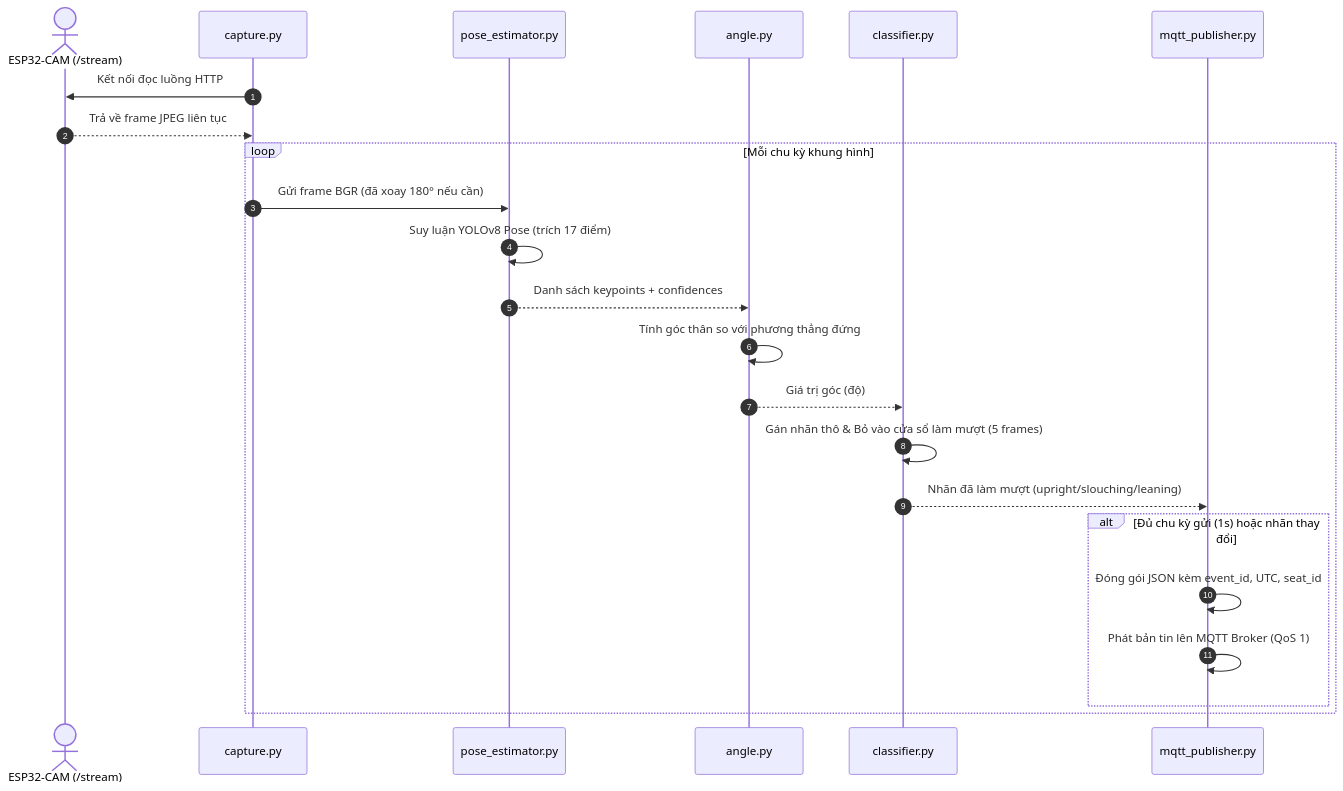
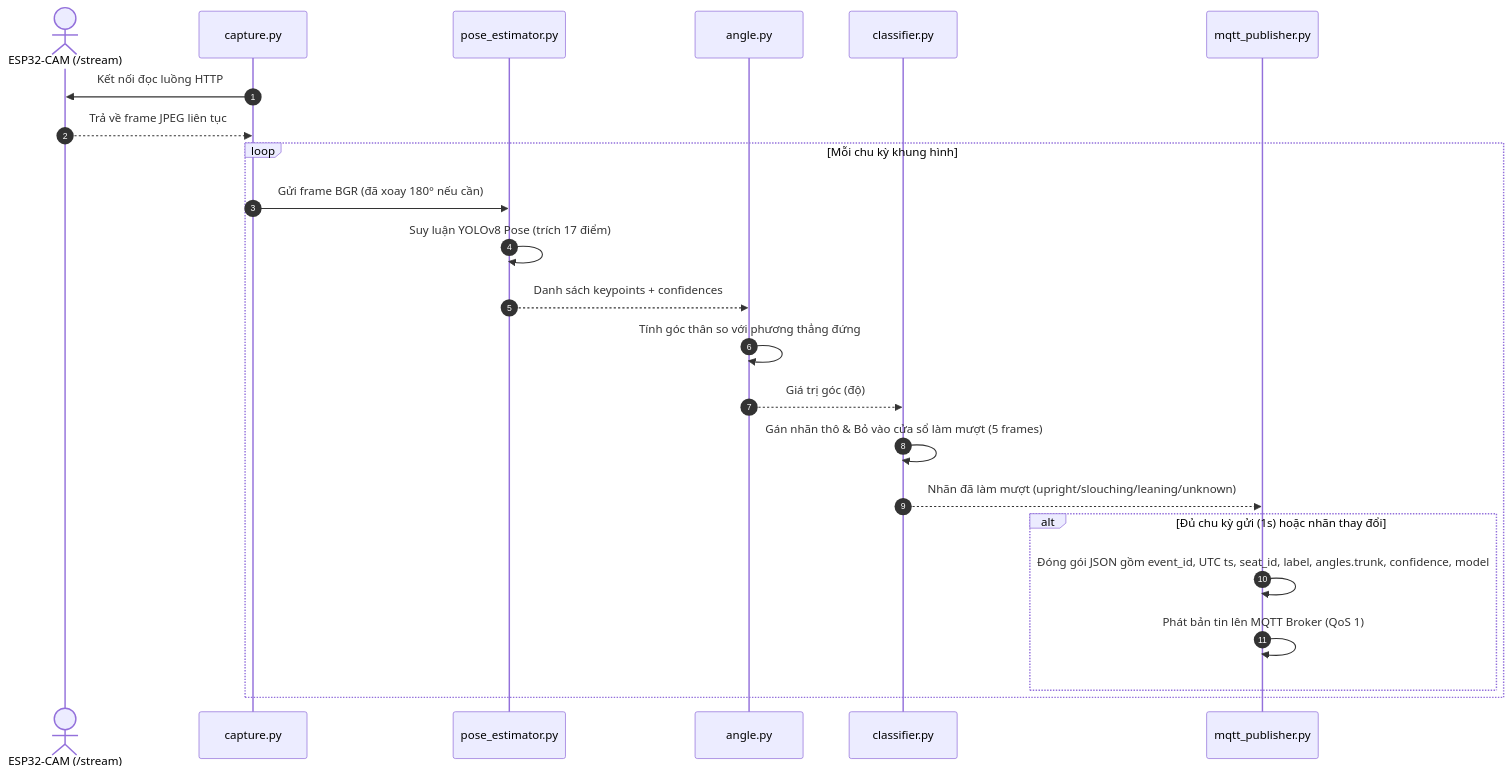
The second of 3 diagrams in docs/FLOWS.md (DangKimAn/classroom-posture-iot), drawn with Mermaid before and after one commit. The commit also changed other lines of this file and 45 other files, not shown here.

````diff
--- a/docs/FLOWS.md
+++ b/docs/FLOWS.md
@@ -55,26 +55,26 @@
 ```mermaid
 sequenceDiagram
     autonumber
     actor Cam as ESP32-CAM (/stream)
     participant Cap as capture.py
     participant Pose as pose_estimator.py
     participant Ang as angle.py
     participant Clf as classifier.py
     participant Pub as mqtt_publisher.py
 
     Cap->>Cam: Kết nối đọc luồng HTTP
     Cam-->>Cap: Trả về frame JPEG liên tục
     loop Mỗi chu kỳ khung hình
         Cap->>Pose: Gửi frame BGR (đã xoay 180° nếu cần)
         Pose->>Pose: Suy luận YOLOv8 Pose (trích 17 điểm)
         Pose-->>Ang: Danh sách keypoints + confidences
         Ang->>Ang: Tính góc thân so với phương thẳng đứng
         Ang-->>Clf: Giá trị góc (độ)
         Clf->>Clf: Gán nhãn thô & Bỏ vào cửa sổ làm mượt (5 frames)
-        Clf-->>Pub: Nhãn đã làm mượt (upright/slouching/leaning)
+        Clf-->>Pub: Nhãn đã làm mượt (upright/slouching/leaning/unknown)
         alt Đủ chu kỳ gửi (1s) hoặc nhãn thay đổi
-            Pub->>Pub: Đóng gói JSON kèm event_id, UTC, seat_id
+            Pub->>Pub: Đóng gói JSON gồm event_id, UTC ts, seat_id, label, angles.trunk, confidence, model
             Pub->>Pub: Phát bản tin lên MQTT Broker (QoS 1)
         end
     end
 ```
````
